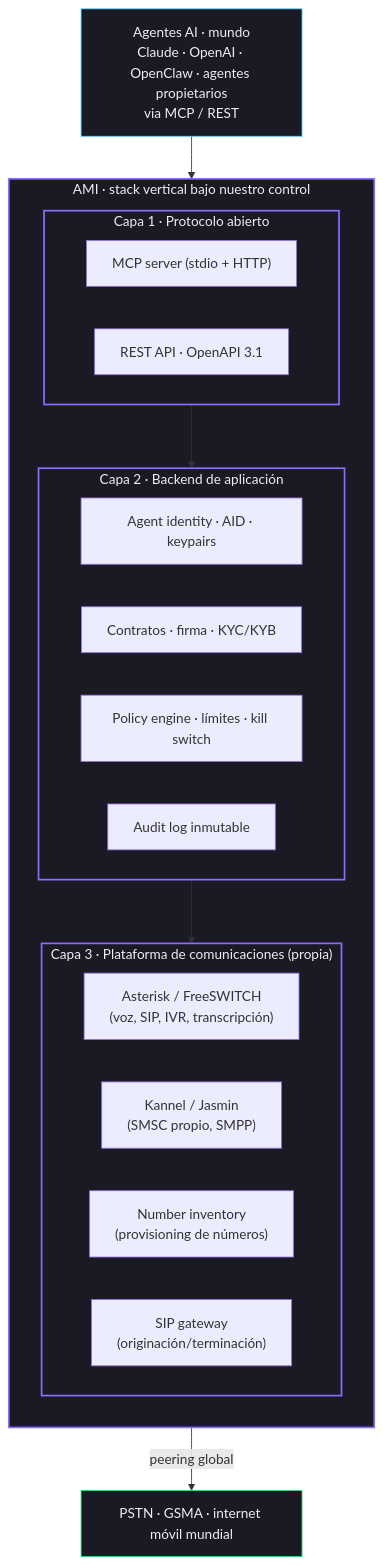
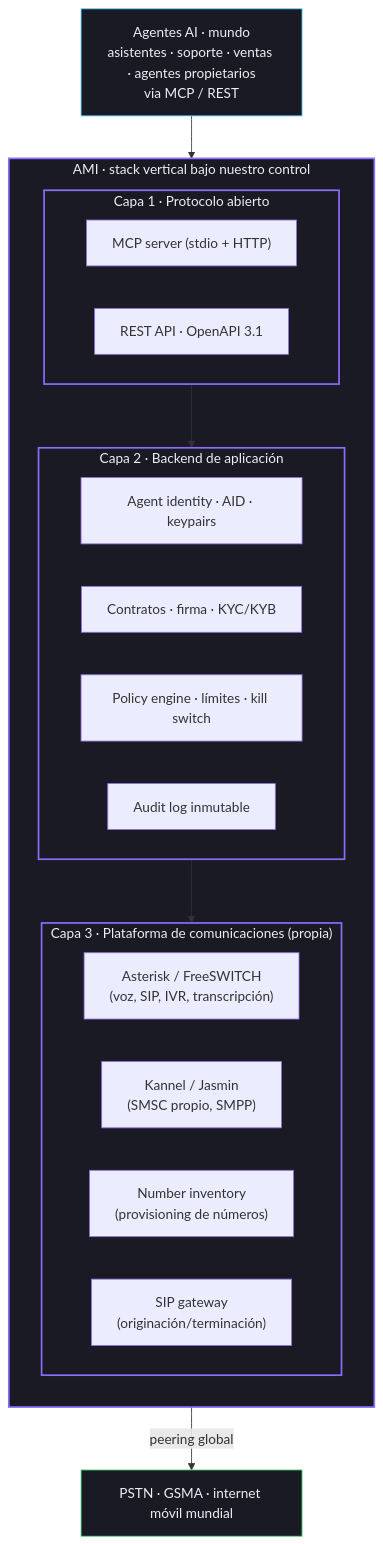
Before and after one commit to Gamino17/AMI: the first of 4 diagrams in docs/PARTNERSHIP.md, drawn with Mermaid. The commit also changed other lines of this file and 2 other files, not shown here.

````diff
--- a/docs/PARTNERSHIP.md
+++ b/docs/PARTNERSHIP.md
@@ -35,43 +35,43 @@
 ```mermaid
 flowchart TB
   classDef agents fill:#1a1a24,stroke:#5dd1ff,color:#ededf2,stroke-width:1px
   classDef ami    fill:#1a1a24,stroke:#8b6cff,color:#ededf2,stroke-width:2px
   classDef world  fill:#1a1a24,stroke:#4ade80,color:#ededf2,stroke-width:1px
 
-  A["Agentes AI · mundo<br/>Claude · OpenAI · OpenClaw · agentes propietarios<br/>via MCP / REST"]:::agents
+  A["Agentes AI · mundo<br/>asistentes · soporte · ventas · agentes propietarios<br/>via MCP / REST"]:::agents
 
   subgraph AMI_STACK["AMI · stack vertical bajo nuestro control"]
     direction TB
 
     subgraph PROTO["Capa 1 · Protocolo abierto"]
       MCP["MCP server (stdio + HTTP)"]
       REST["REST API · OpenAPI 3.1"]
     end
 
     subgraph APP["Capa 2 · Backend de aplicación"]
       ID["Agent identity · AID · keypairs"]
       CT["Contratos · firma · KYC/KYB"]
       POL["Policy engine · límites · kill switch"]
       AUD["Audit log inmutable"]
     end
 
     subgraph PLAT["Capa 3 · Plataforma de comunicaciones (propia)"]
       VOICE["Asterisk / FreeSWITCH<br/>(voz, SIP, IVR, transcripción)"]
       SMS["Kannel / Jasmin<br/>(SMSC propio, SMPP)"]
       NUM["Number inventory<br/>(provisioning de números)"]
       SIPGW["SIP gateway<br/>(originación/terminación)"]
     end
   end
 
   W["PSTN · GSMA · internet móvil mundial"]:::world
 
   A --> PROTO
   PROTO --> APP
   APP --> PLAT
   PLAT -->|peering global| W
 
   class AMI_STACK ami
   class PROTO ami
   class APP ami
   class PLAT ami
 ```
````
